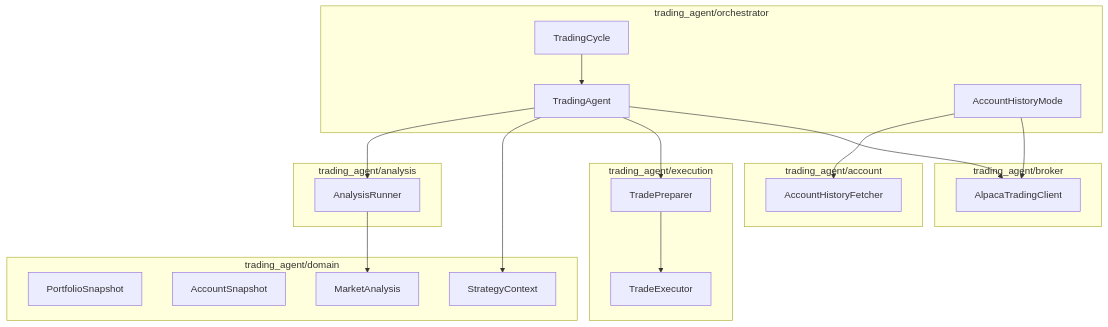
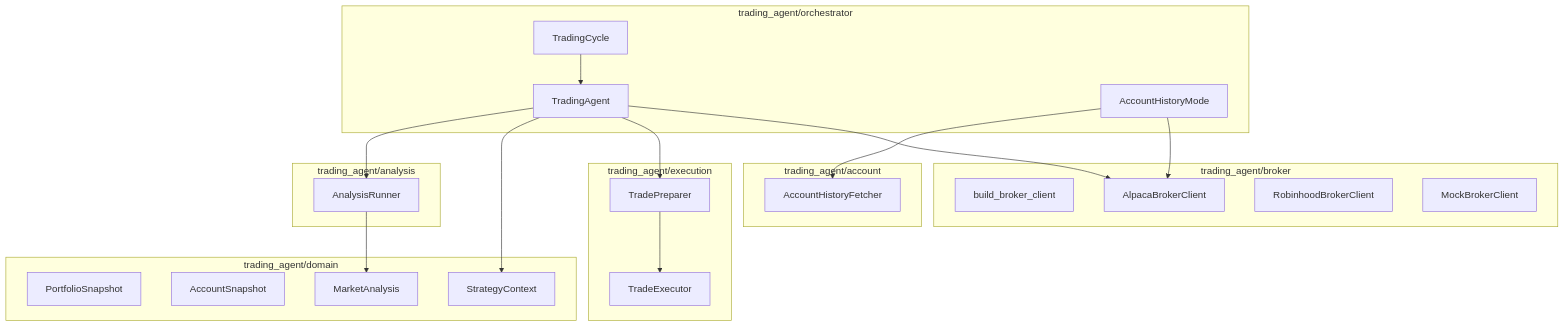
Before and after one commit to yetigong/trading-agent: the diagram in docs/agents/codebase.md, drawn with Mermaid. The commit also changed other lines of this file and 38 other files, not shown here.

First line of the commit message:
Phase 5: Multi-broker abstraction with optional Robinhood adapter (#15)

````diff
--- a/docs/agents/codebase.md
+++ b/docs/agents/codebase.md
@@ -31,40 +31,43 @@
 ```mermaid
 flowchart TB
     subgraph broker [trading_agent/broker]
-        AC[AlpacaTradingClient]
+        FACTORY[build_broker_client]
+        AC[AlpacaBrokerClient]
+        RH[RobinhoodBrokerClient]
+        MOCK[MockBrokerClient]
     end
 
     subgraph orchestrator [trading_agent/orchestrator]
         TC[TradingCycle]
         TA[TradingAgent]
         AHM[AccountHistoryMode]
     end
 
     subgraph account [trading_agent/account]
         AHF[AccountHistoryFetcher]
     end
 
     subgraph domain [trading_agent/domain]
         PS[PortfolioSnapshot]
         AS[AccountSnapshot]
         MA[MarketAnalysis]
         SC[StrategyContext]
     end
 
     subgraph analysis [trading_agent/analysis]
         AR[AnalysisRunner]
     end
 
     subgraph execution [trading_agent/execution]
         PRE[TradePreparer]
         EXT[TradeExecutor]
     end
 
     TC --> TA
     AHM --> AHF
     TA --> AR --> MA
     TA --> SC
     TA --> PRE --> EXT
     TA --> AC
     AHM --> AC
 ```
````
